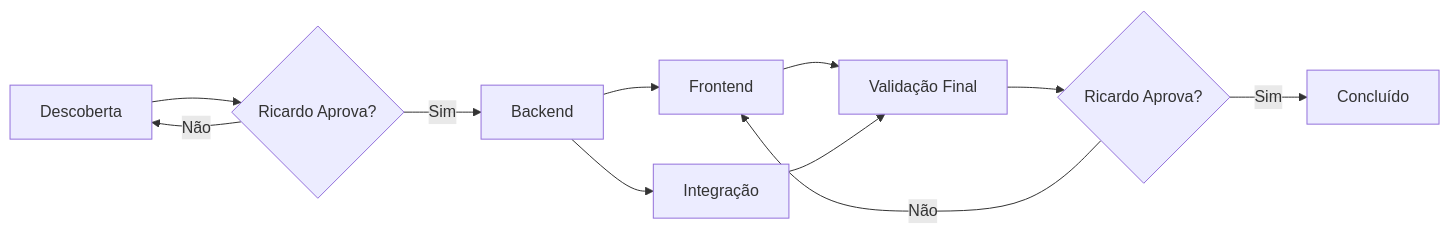
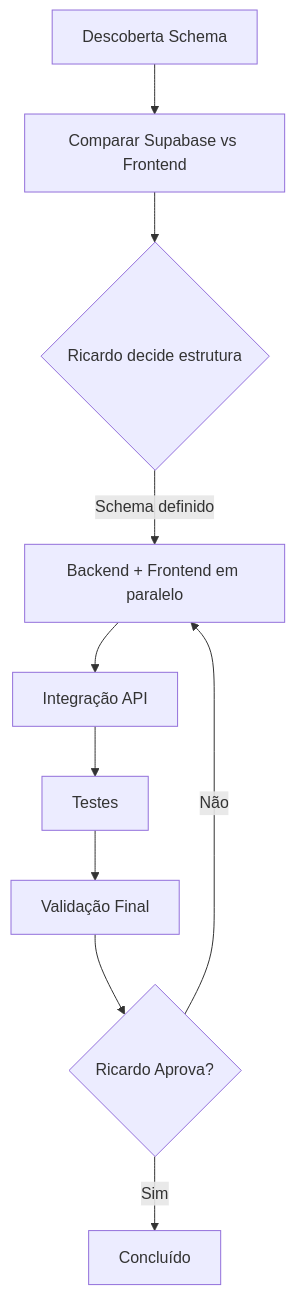
Before and after one commit to Rica-VibeCoding/Fluyt_Comercial: the diagram in INTEGRAÇAO/PROCESSO_INTEGRACAO_MODULOS.md, drawn with Mermaid. The commit also changed other lines of this file and 81 other files, not shown here.

````diff
--- a/INTEGRAÇAO/PROCESSO_INTEGRACAO_MODULOS.md
+++ b/INTEGRAÇAO/PROCESSO_INTEGRACAO_MODULOS.md
@@ -45,13 +45,12 @@
 ```mermaid
-graph LR
-    A[Descoberta] --> B{Ricardo Aprova?}
-    B -->|Sim| C[Backend]
-    B -->|Não| A
-    C --> D[Frontend]
-    C --> E[Integração]
-    D --> F[Validação Final]
-    E --> F
-    F --> G{Ricardo Aprova?}
-    G -->|Sim| H[Concluído]
-    G -->|Não| D
+graph TD
+    A[Descoberta Schema] --> B[Comparar Supabase vs Frontend]
+    B --> C{Ricardo decide estrutura}
+    C -->|Schema definido| D[Backend + Frontend em paralelo]
+    D --> E[Integração API]
+    E --> F[Testes]
+    F --> G[Validação Final]
+    G --> H{Ricardo Aprova?}
+    H -->|Sim| I[Concluído]
+    H -->|Não| D
 ```
````
